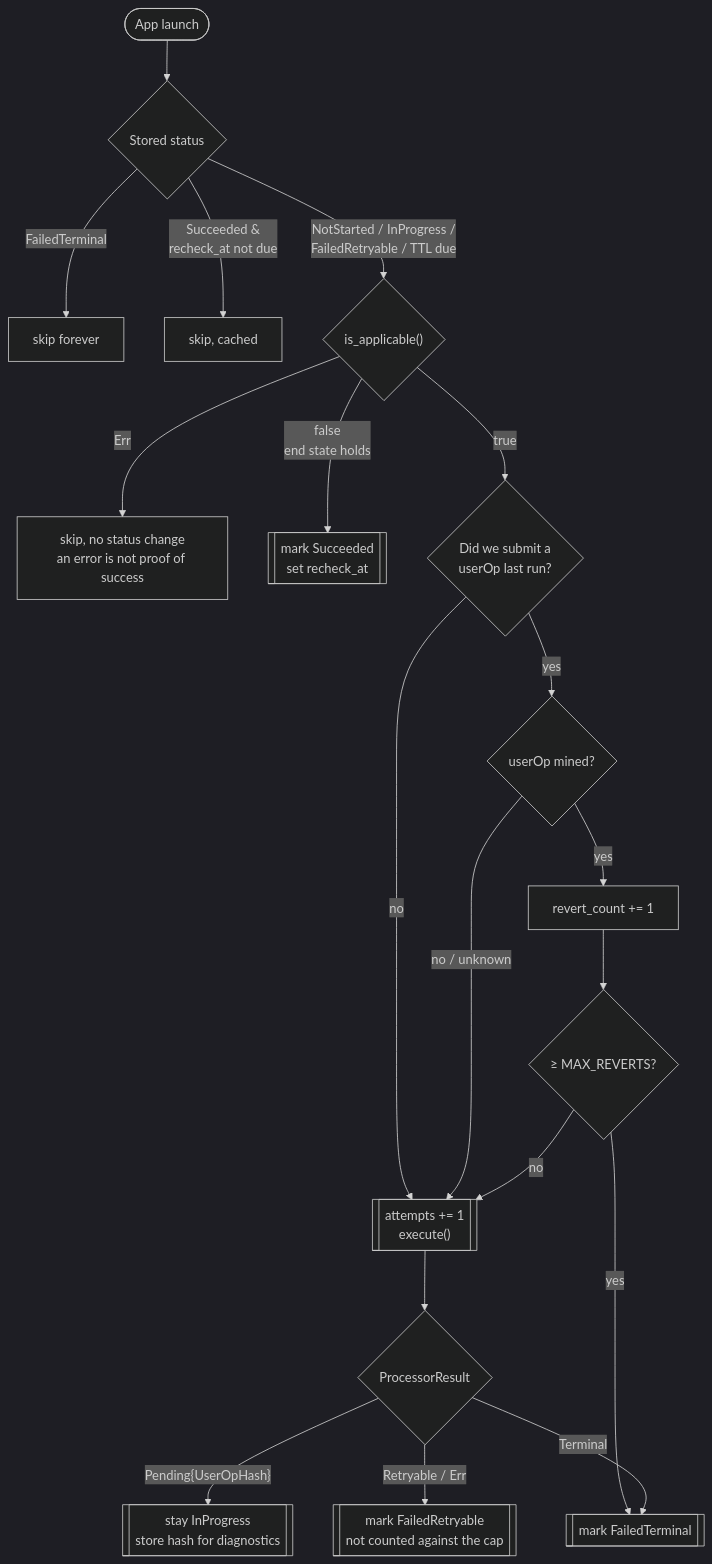
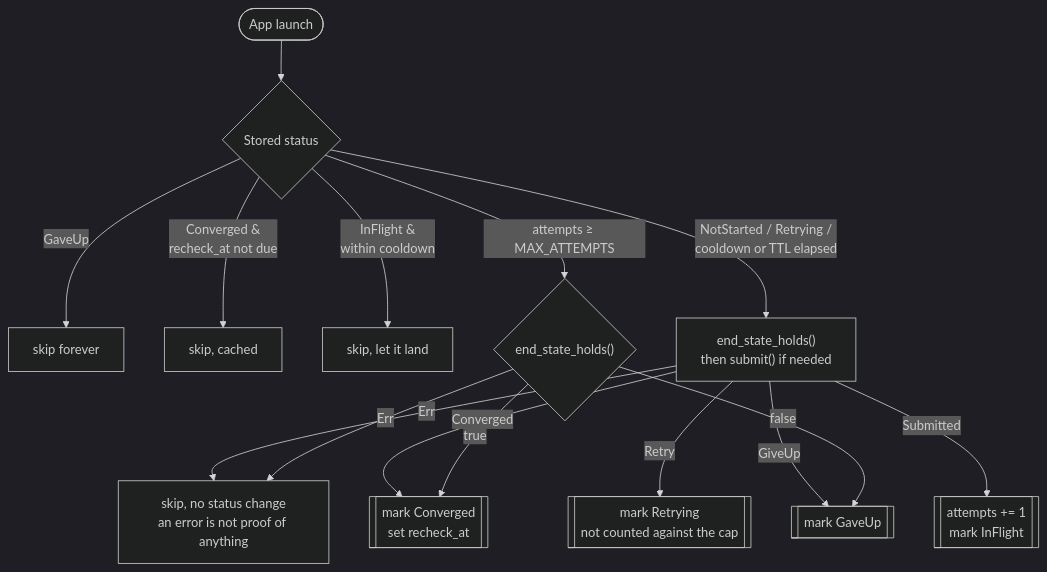
Before and after one commit to worldcoin/bedrock: the diagram in bedrock/src/migration/README.md, drawn with Mermaid (dark theme). The commit also changed other lines of this file and 14 other files, not shown here.

````diff
--- a/bedrock/src/migration/README.md
+++ b/bedrock/src/migration/README.md
@@ -33,26 +74,20 @@
 ```mermaid
 flowchart TD
     Start([App launch]) --> Gate{Stored status}
 
-    Gate -- FailedTerminal --> SkipT[skip forever]
-    Gate -- "Succeeded &<br/>recheck_at not due" --> SkipC[skip, cached]
-    Gate -- "NotStarted / InProgress /<br/>FailedRetryable / TTL due" --> Applicable{"is_applicable()"}
+    Gate -- GaveUp --> SkipT[skip forever]
+    Gate -- "Converged &<br/>recheck_at not due" --> SkipC[skip, cached]
+    Gate -- "InFlight &<br/>within cooldown" --> SkipF[skip, let it land]
+    Gate -- "NotStarted / Retrying /<br/>cooldown or TTL elapsed" --> Rec["end_state_holds()<br/>then submit() if needed"]
 
-    Applicable -- Err --> SkipE[skip, no status change<br/>an error is not proof of success]
-    Applicable -- "false<br/>end state holds" --> Done[["mark Succeeded<br/>set recheck_at"]]
-    Applicable -- true --> WasPending{Did we submit a<br/>userOp last run?}
+    Rec -- Err --> SkipE[skip, no status change<br/>an error is not proof of anything]
+    Rec -- Converged --> Done[["mark Converged<br/>set recheck_at"]]
+    Rec -- Retry --> Retry[["mark Retrying<br/>not counted against the cap"]]
+    Rec -- GiveUp --> Terminal[["mark GaveUp"]]
+    Rec -- Submitted --> InFlight[["attempts += 1<br/>mark InFlight"]]
 
-    WasPending -- no --> Exec
-    WasPending -- yes --> Receipt{"userOp mined?"}
-
-    Receipt -- "no / unknown" --> Exec[["attempts += 1<br/>execute()"]]
-    Receipt -- yes --> Count[revert_count += 1]
-    Count --> Cap{"&ge; MAX_REVERTS?"}
-    Cap -- yes --> Terminal[["mark FailedTerminal"]]
-    Cap -- no --> Exec
-
-    Exec --> Result{ProcessorResult}
-    Result -- "Pending{UserOpHash}" --> InProg[["stay InProgress<br/>store hash for diagnostics"]]
-    Result -- Retryable / Err --> Retry[["mark FailedRetryable<br/>not counted against the cap"]]
-    Result -- Terminal --> Terminal
+    Gate -- "attempts &ge; MAX_ATTEMPTS" --> Settle{"end_state_holds()"}
+    Settle -- true --> Done
+    Settle -- false --> Terminal
+    Settle -- Err --> SkipE
 ```
````
